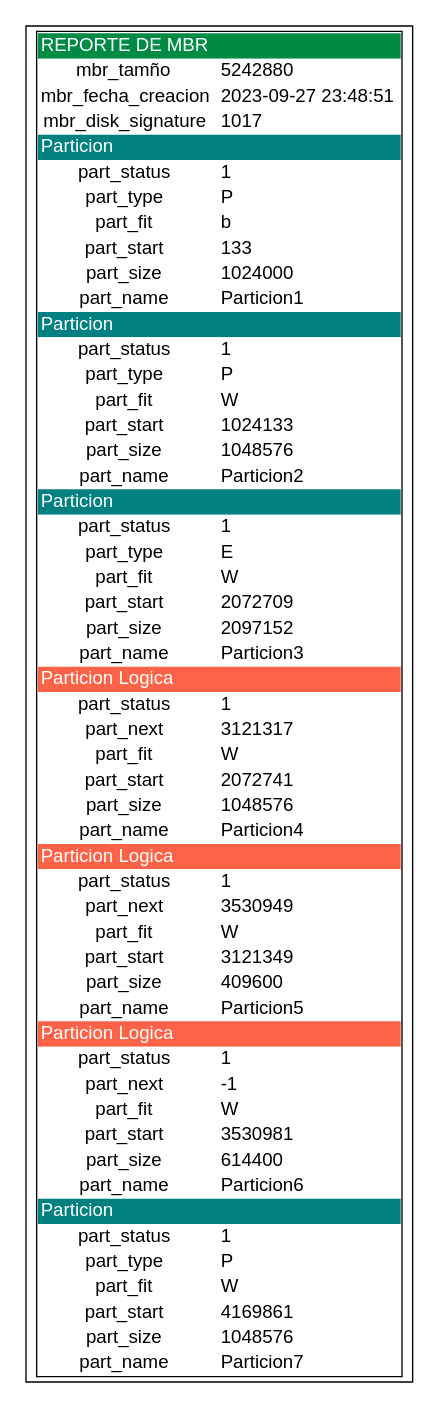
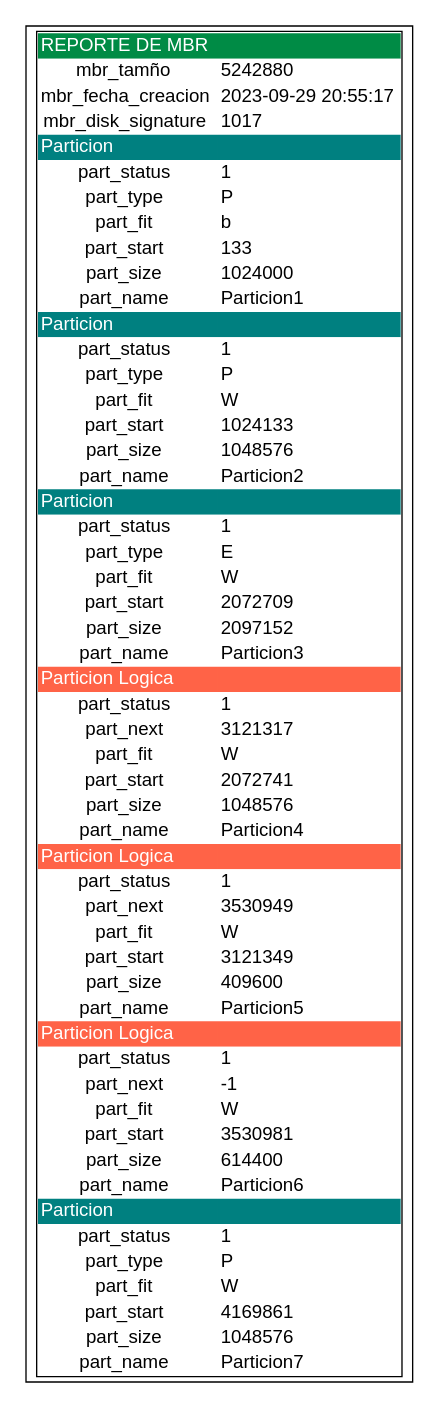
The diagram in backend/reportes/reporte_mbr.dot (luis-tavico/MIA_2SP2_202000562), drawn with Graphviz before and after one commit. The commit also changed 27 other files, not shown here.

```diff
--- a/backend/reportes/reporte_mbr.dot
+++ b/backend/reportes/reporte_mbr.dot
@@ -12,7 +12,7 @@
         </tr>
         <tr>
             <td bgcolor="white" align="center"> mbr_fecha_creacion </td>
-            <td bgcolor="white" align="left"> 2023-09-27 23:48:51 </td>
+            <td bgcolor="white" align="left"> 2023-09-29 20:55:17 </td>
         </tr>
         <tr>
             <td bgcolor="white" align="center"> mbr_disk_signature </td>
```
